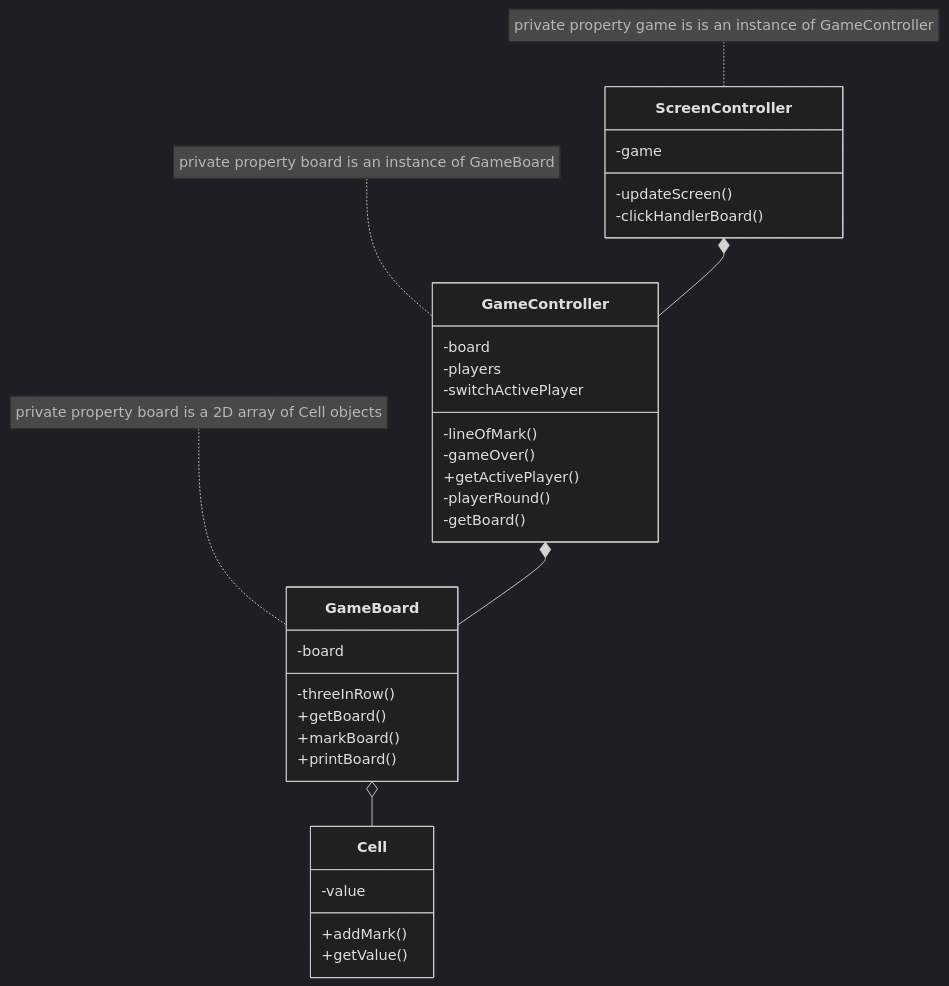
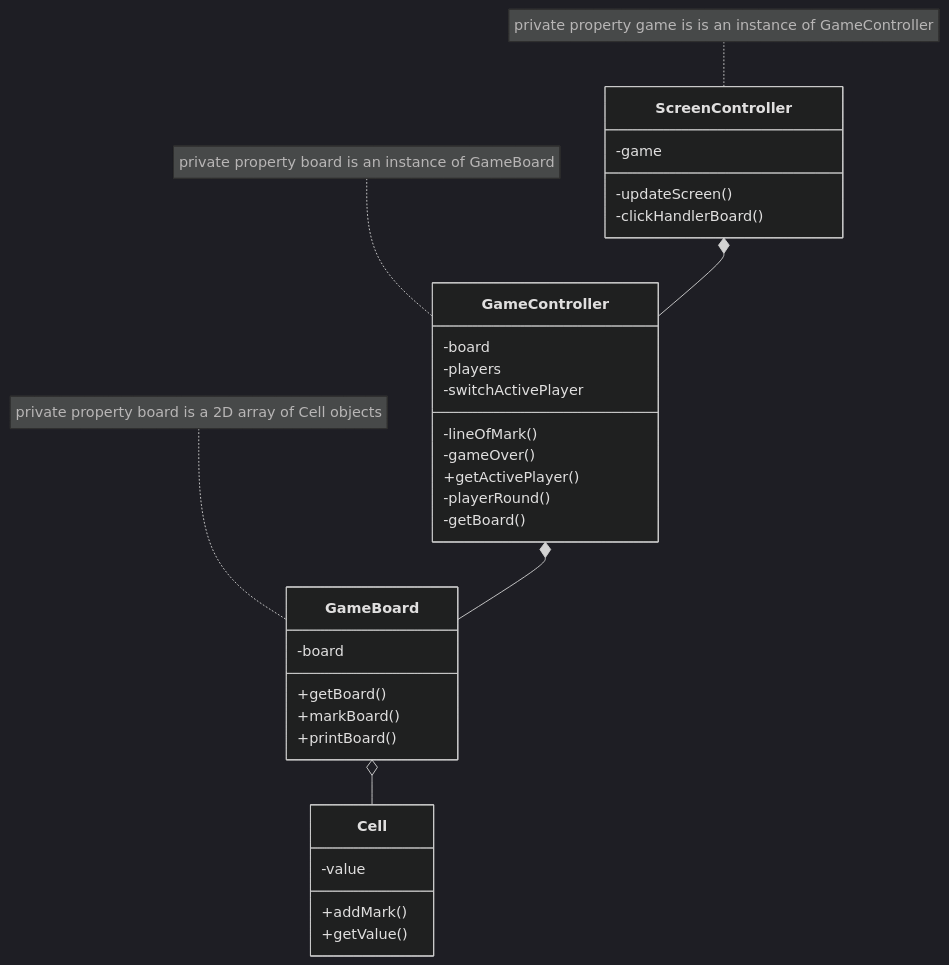
One commit to f2xiao/odin-tic-tac-toe changed the diagram in README.md. Above: the diagram before and after it, drawn with Mermaid (dark theme).

````diff
--- a/README.md
+++ b/README.md
@@ -6,36 +6,35 @@
 ```mermaid
 classDiagram
     GameBoard o-- Cell
     GameController *-- GameBoard
     ScreenController *-- GameController
     class Cell{
         -value
         +addMark()
         +getValue()
     }
     class GameBoard{
         -board
-        -threeInRow()
         +getBoard()
         +markBoard()
         +printBoard()
     }
     note for GameBoard "private property board is a 2D array of Cell objects"
     class GameController{
         -board
         -players
         -switchActivePlayer
         -lineOfMark()
         -gameOver()
         +getActivePlayer()
         -playerRound()
         -getBoard()
     }
     note for GameController "private property board is an instance of GameBoard"
     class ScreenController{
         -game
         -updateScreen()
         -clickHandlerBoard()
     }
     note for ScreenController "private property game is is an instance of GameController"
 ```
````
